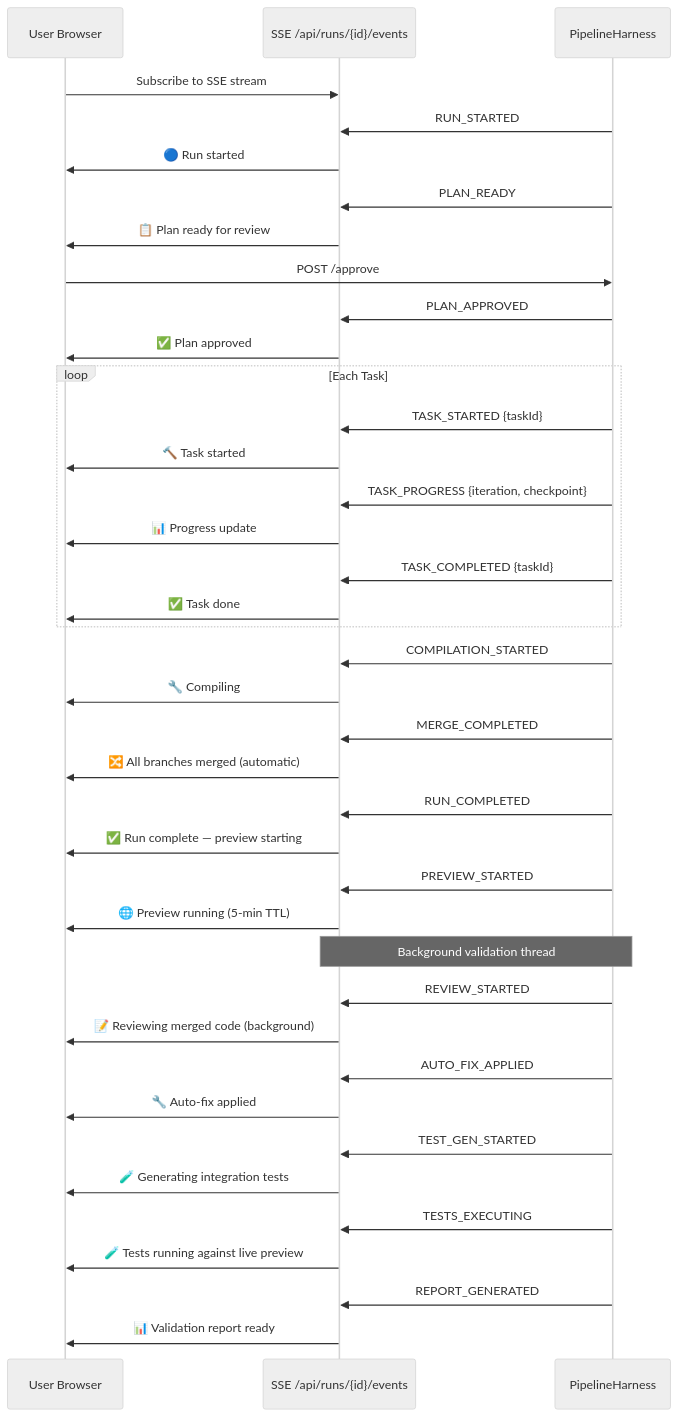
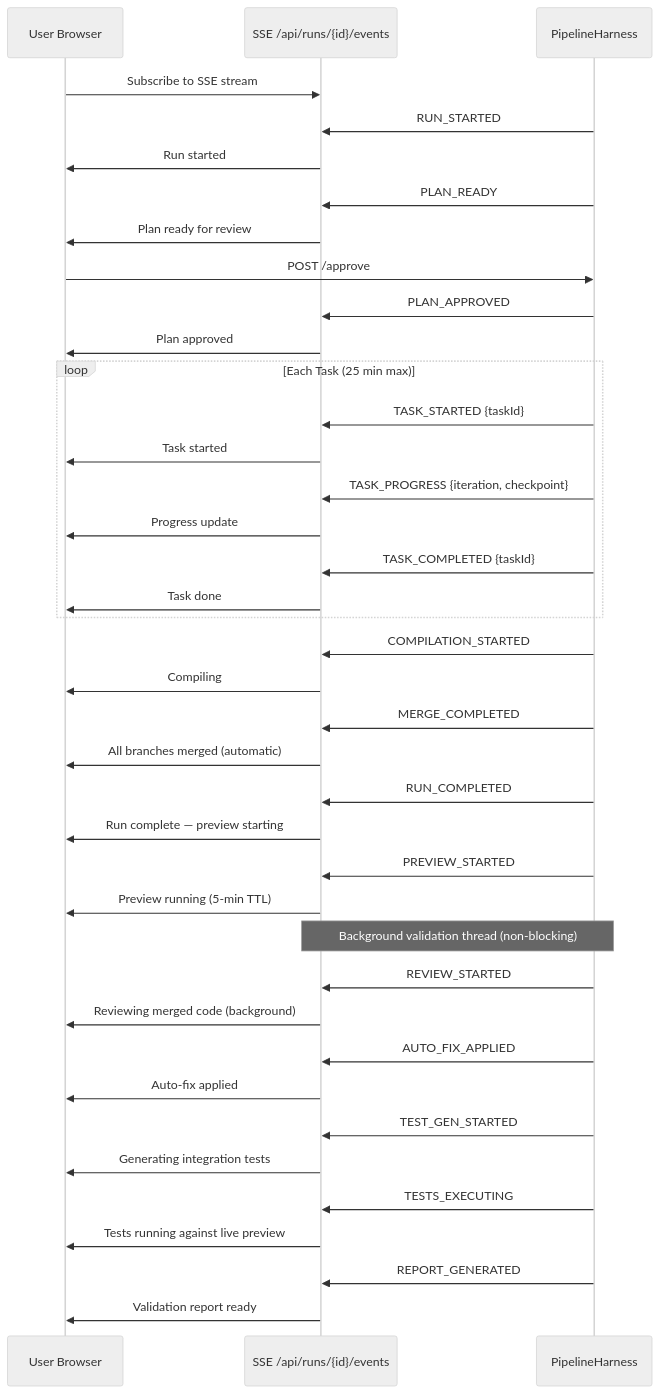
Before and after one commit to navneetprabhakar/executespec: the second of 36 diagrams in docs/WORKFLOWS.md, drawn with Mermaid (neutral theme). The commit also changed other lines of this file and 47 other files, not shown here.

````diff
--- a/docs/WORKFLOWS.md
+++ b/docs/WORKFLOWS.md
@@ -90,42 +95,42 @@
 ```mermaid
 sequenceDiagram
     participant U as User Browser
     participant S as SSE /api/runs/{id}/events
     participant P as PipelineHarness
 
     U->>S: Subscribe to SSE stream
     P->>S: RUN_STARTED
-    S->>U: 🔵 Run started
+    S->>U: Run started
     P->>S: PLAN_READY
-    S->>U: 📋 Plan ready for review
+    S->>U: Plan ready for review
     U->>P: POST /approve
     P->>S: PLAN_APPROVED
-    S->>U: ✅ Plan approved
-    loop Each Task
+    S->>U: Plan approved
+    loop Each Task (25 min max)
         P->>S: TASK_STARTED {taskId}
-        S->>U: 🔨 Task started
+        S->>U: Task started
         P->>S: TASK_PROGRESS {iteration, checkpoint}
-        S->>U: 📊 Progress update
+        S->>U: Progress update
         P->>S: TASK_COMPLETED {taskId}
-        S->>U: ✅ Task done
+        S->>U: Task done
     end
     P->>S: COMPILATION_STARTED
-    S->>U: 🔧 Compiling
+    S->>U: Compiling
     P->>S: MERGE_COMPLETED
-    S->>U: 🔀 All branches merged (automatic)
+    S->>U: All branches merged (automatic)
     P->>S: RUN_COMPLETED
-    S->>U: ✅ Run complete — preview starting
+    S->>U: Run complete — preview starting
     P->>S: PREVIEW_STARTED
-    S->>U: 🌐 Preview running (5-min TTL)
-    Note over P,S: Background validation thread
+    S->>U: Preview running (5-min TTL)
+    Note over P,S: Background validation thread (non-blocking)
     P->>S: REVIEW_STARTED
-    S->>U: 📝 Reviewing merged code (background)
+    S->>U: Reviewing merged code (background)
     P->>S: AUTO_FIX_APPLIED
-    S->>U: 🔧 Auto-fix applied
+    S->>U: Auto-fix applied
     P->>S: TEST_GEN_STARTED
-    S->>U: 🧪 Generating integration tests
+    S->>U: Generating integration tests
     P->>S: TESTS_EXECUTING
-    S->>U: 🧪 Tests running against live preview
+    S->>U: Tests running against live preview
     P->>S: REPORT_GENERATED
-    S->>U: 📊 Validation report ready
+    S->>U: Validation report ready
 ```
````
